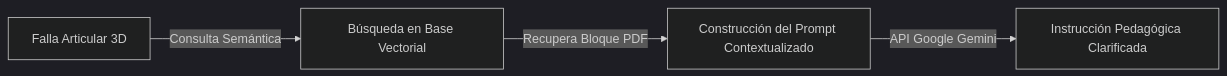
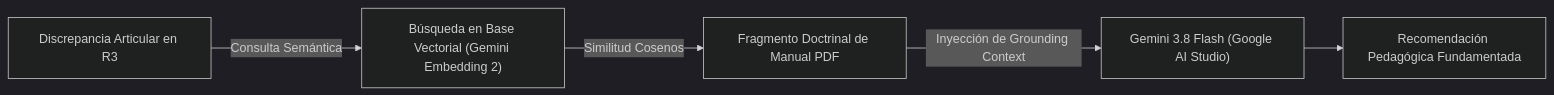
One commit to Tsmrain/JiuJitsu changed the second of 8 diagrams in README.md. Above: the diagram before and after it, drawn with Mermaid (dark theme). The commit also changed other lines of this file, not shown here.

Commit message:
docs: update RAG architecture documentation to specify Gemini Embedding 2 and Gemini 3.8 Flash models

````diff
--- a/README.md
+++ b/README.md
@@ -186,6 +186,7 @@
 ```mermaid
 graph LR
-    A[Falla Articular 3D] -->|Consulta Semántica| B[Búsqueda en Base Vectorial]
-    B -->|Recupera Bloque PDF| C[Construcción del Prompt Contextualizado]
-    C -->|API Google Gemini| D[Instrucción Pedagógica Clarificada]
+    A["Discrepancia Articular en R3"] -->|Consulta Semántica| B["Búsqueda en Base Vectorial (Gemini Embedding 2)"]
+    B -->|Similitud Cosenos| C["Fragmento Doctrinal de Manual PDF"]
+    C -->|Inyección de Grounding Context| D["Gemini 3.8 Flash (Google AI Studio)"]
+    D --> E["Recomendación Pedagógica Fundamentada"]
 ```
````
